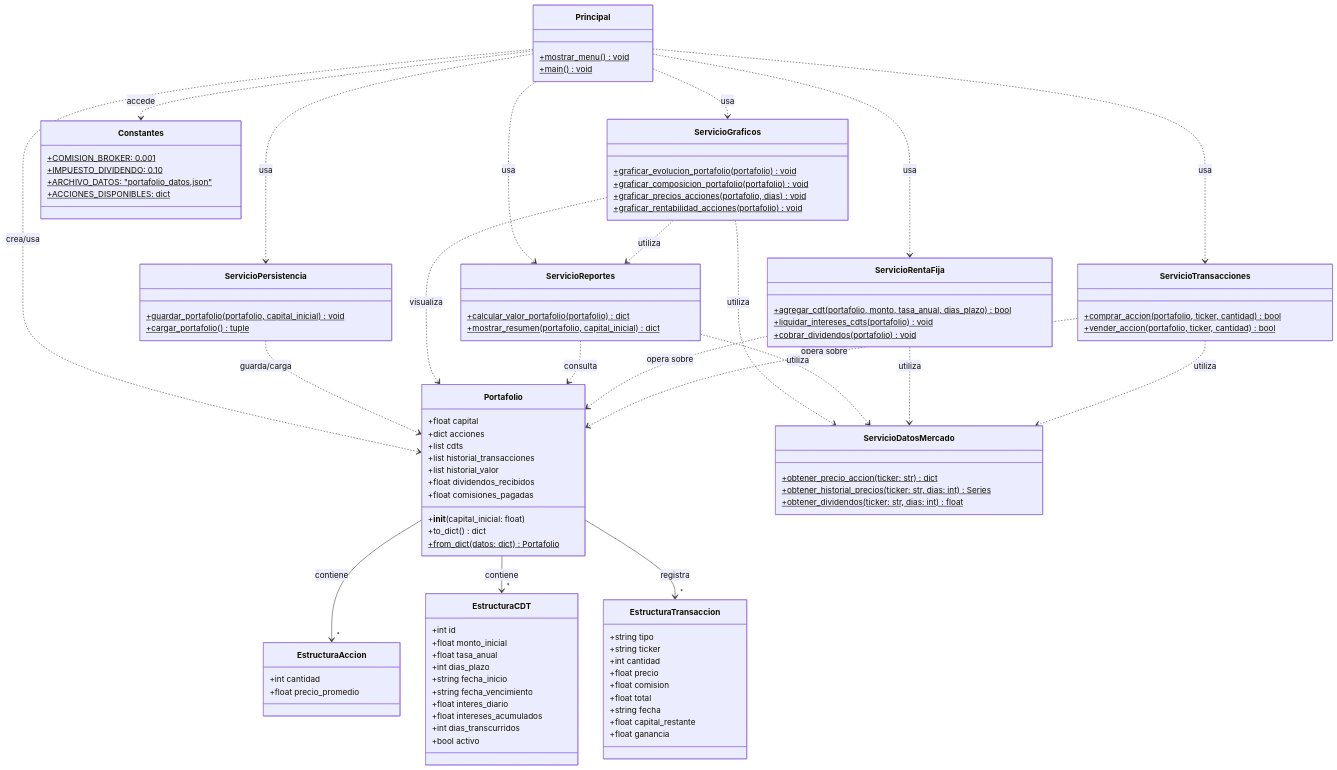
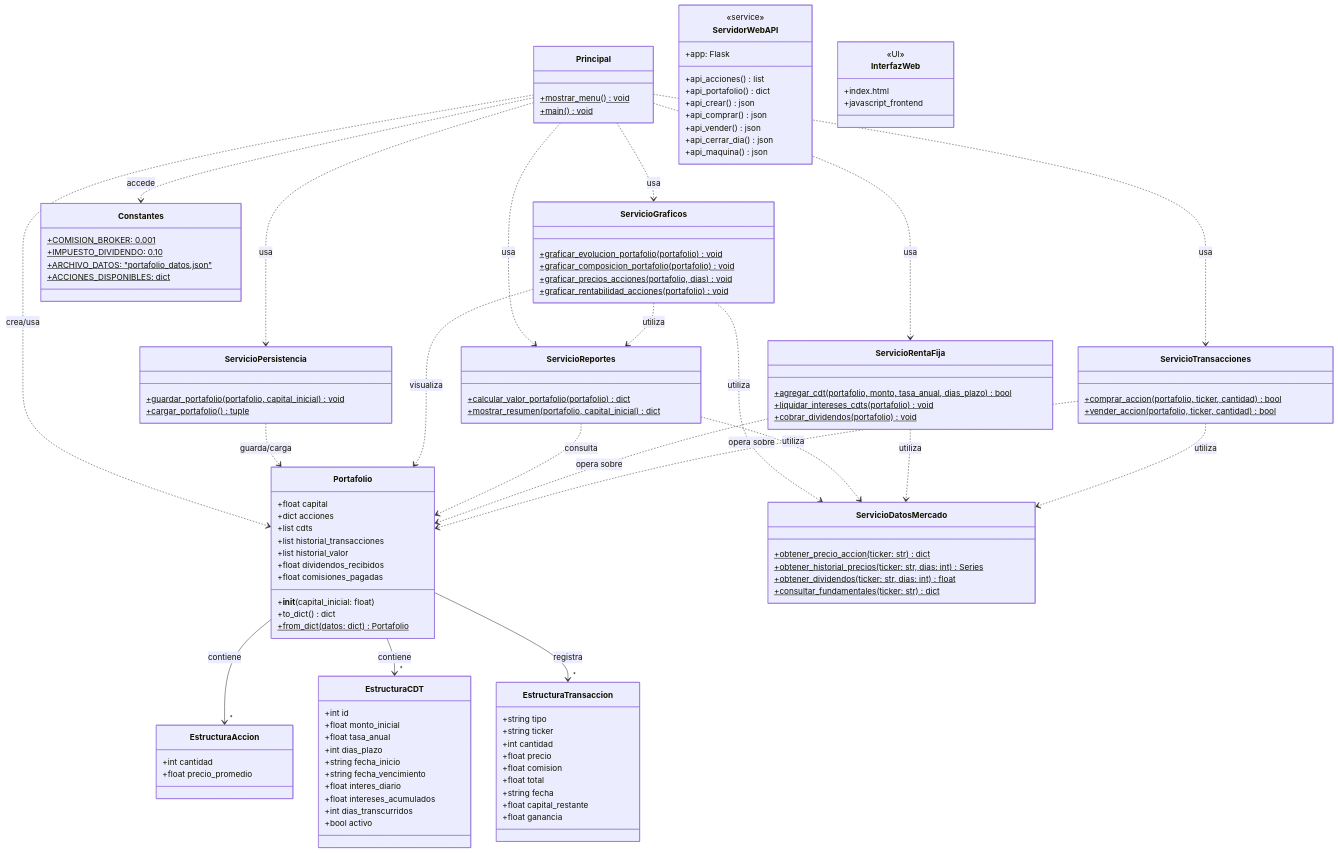
Before and after one commit to yechavarria17-commits/Inversionistas-so-adores: the first of 4 diagrams in diagrama_uml.md, drawn with Mermaid. The commit also changed 1 other file, not shown here.

Commit message:
Docs: Actualizar diagrama UML con arquitectura Web y funcionalidades v2.0

```diff
--- a/diagrama_uml.md
+++ b/diagrama_uml.md
@@ -54,6 +54,7 @@
         +obtener_precio_accion(ticker: str) dict$
         +obtener_historial_precios(ticker: str, dias: int) Series$
         +obtener_dividendos(ticker: str, dias: int) float$
+        +consultar_fundamentales(ticker: str) dict$
     }
 
     class ServicioTransacciones {
@@ -87,6 +88,25 @@
     class Principal {
         +mostrar_menu() void$
         +main() void$
+    }
+
+    %% ==================== SERVICIOS WEB (app.py) ====================
+    class ServidorWebAPI {
+        <<service>>
+        +app: Flask
+        +api_acciones() list
+        +api_portafolio() dict
+        +api_crear() json
+        +api_comprar() json
+        +api_vender() json
+        +api_cerrar_dia() json
+        +api_maquina() json
+    }
+
+    class InterfazWeb {
+        <<UI>>
+        +index.html
+        +javascript_frontend
     }
 
     %% ==================== CONSTANTES ====================
```
